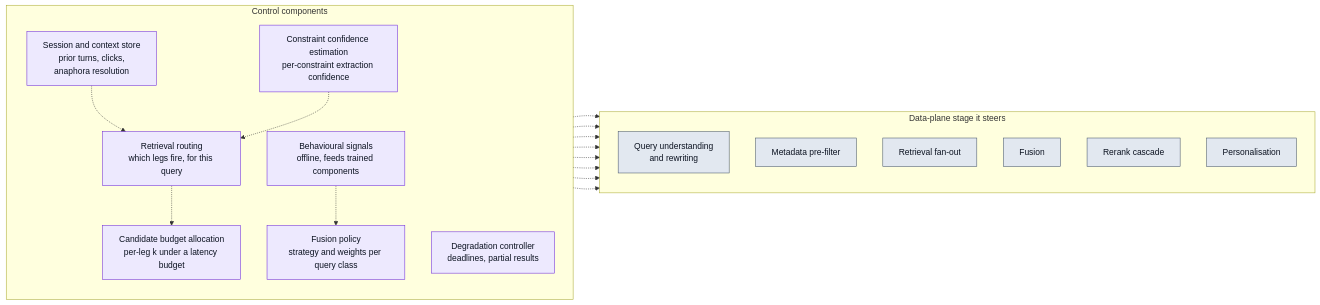
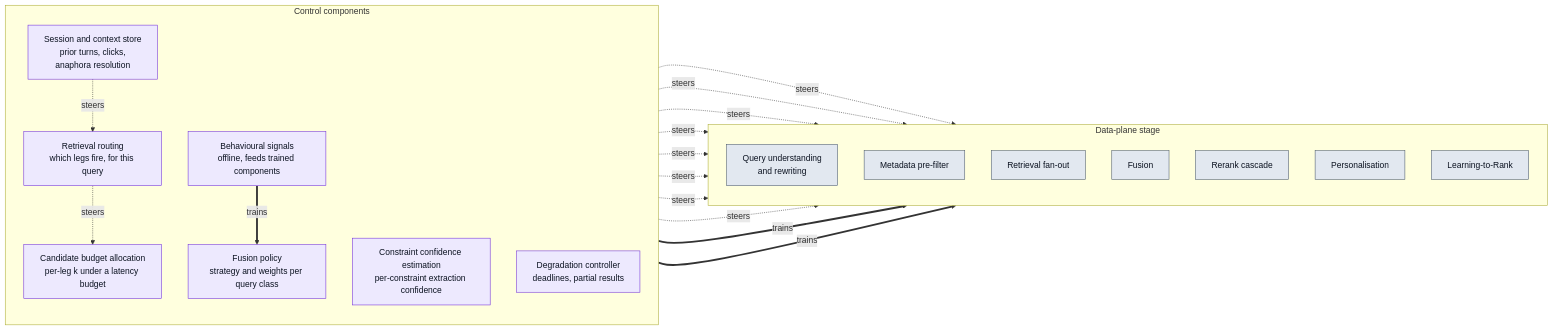
Before and after one commit to dylanhogg/resources: the sixth of 9 diagrams in blog-ideas/2026/ideas/202608-modern-search-concepts/2c-search-query-pipeline-diagrams-claude-code.md, drawn with Mermaid. The commit also changed other lines of this file and 1 other file, not shown here.

Commit message:
Update search pipeline research

````diff
--- a/blog-ideas/2026/ideas/202608-modern-search-concepts/2c-search-query-pipeline-diagrams-claude-code.md
+++ b/blog-ideas/2026/ideas/202608-modern-search-concepts/2c-search-query-pipeline-diagrams-claude-code.md
@@ -463,41 +463,43 @@
 ```mermaid
 flowchart LR
     subgraph CTRL["Control components"]
         direction TB
         SESS["Session and context store<br/>prior turns, clicks,<br/>anaphora resolution"]
         CONF["Constraint confidence estimation<br/>per-constraint extraction confidence"]
         ROUTE["Retrieval routing<br/>which legs fire, for this query"]
         BUDGET["Candidate budget allocation<br/>per-leg k under a latency budget"]
         FPOL["Fusion policy<br/>strategy and weights per query class"]
         DEGRADE["Degradation controller<br/>deadlines, partial results"]
         FBC["Behavioural signals<br/>offline, feeds trained components"]
     end
 
-    subgraph STAGE["Data-plane stage it steers"]
+    subgraph STAGE["Data-plane stage"]
         direction TB
         S1["Query understanding<br/>and rewriting"]
         S2["Metadata pre-filter"]
         S3["Retrieval fan-out"]
         S4["Fusion"]
         S5["Rerank cascade"]
         S6["Personalisation"]
+        S7["Learning-to-Rank"]
     end
 
-    SESS -.-> S1
-    SESS -.-> ROUTE
-    CONF -.-> S2
-    CONF -.-> ROUTE
-    ROUTE -.-> BUDGET
-    ROUTE -.-> S3
-    BUDGET -.-> S3
-    FPOL -.-> S4
-    DEGRADE -.-> S3
-    DEGRADE -.-> S5
-    FBC -.-> FPOL
-    FBC -.-> S6
+    SESS -.->|"steers"| S1
+    SESS -.->|"steers"| ROUTE
+    SESS -.->|"steers"| S6
+    CONF -.->|"steers"| S2
+    ROUTE -.->|"steers"| BUDGET
+    ROUTE -.->|"steers"| S3
+    BUDGET -.->|"steers"| S3
+    FPOL -.->|"steers"| S4
+    DEGRADE -.->|"steers"| S3
+    DEGRADE -.->|"steers"| S5
+    FBC ==>|"trains"| FPOL
+    FBC ==>|"trains"| S6
+    FBC ==>|"trains"| S7
 
     classDef opt fill:#ede9fe,stroke:#6d28d9,stroke-width:1px,color:#0b1220
     classDef stage fill:#e2e8f0,stroke:#475569,stroke-width:1px,color:#0b1220
     class SESS,CONF,ROUTE,BUDGET,FPOL,DEGRADE,FBC opt
-    class S1,S2,S3,S4,S5,S6 stage
+    class S1,S2,S3,S4,S5,S6,S7 stage
 ```
````
